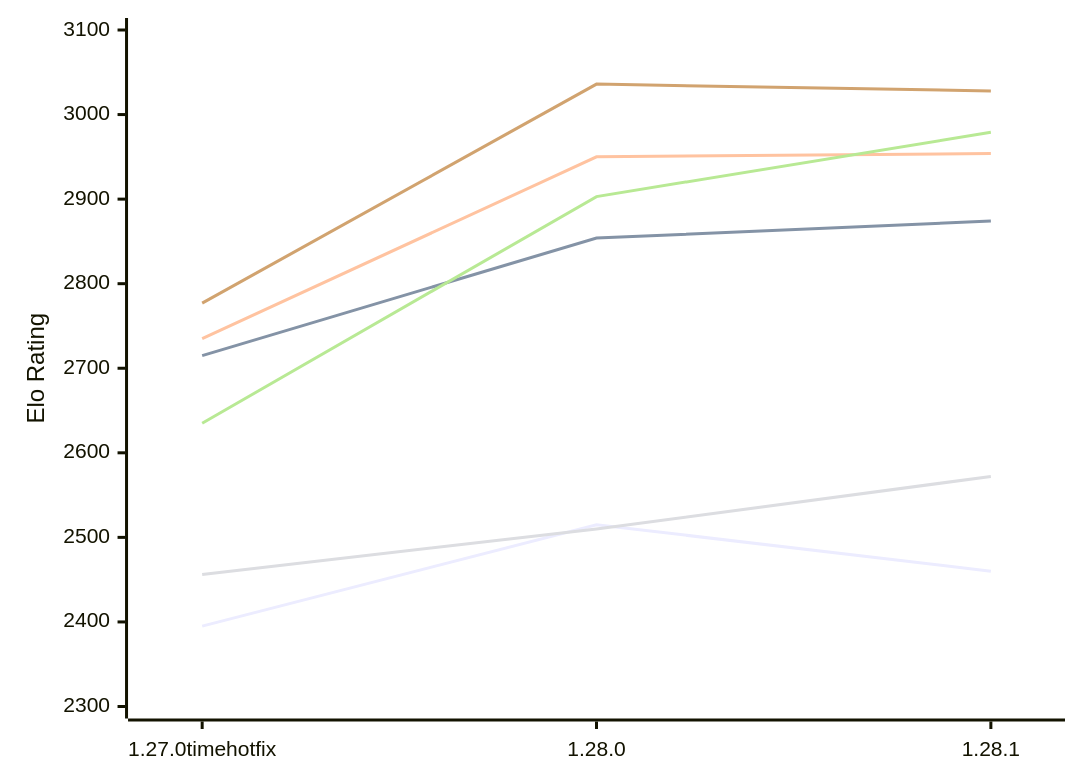
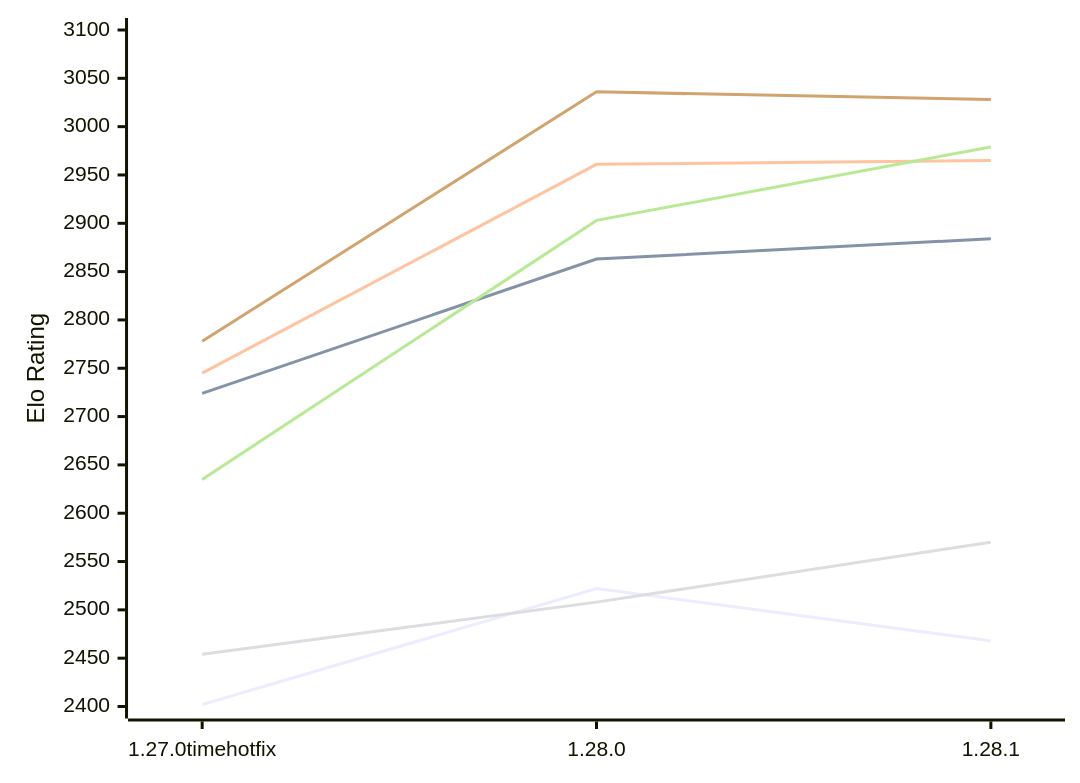
Before and after one commit to computer-chess-index/cci: the first of 2 diagrams in engines/Aurora.md, drawn with Mermaid. The commit also changed other lines of this file, not shown here.

Commit message:
Update CCI Ratings (ELO VLTC) - 2026-11-07

````diff
--- a/engines/Aurora.md
+++ b/engines/Aurora.md
@@ -52,12 +52,12 @@
 ```mermaid
 %%{init: {"theme":"base","themeVariables":{"seriesColors:['#a3a3a3','#222221','#faa371']}}}%%
 xychart-beta
   x-axis ["1.27.0timehotfix", "1.28.0", "1.28.1"]
-  y-axis "Elo Rating" 2300 --> 3100
-  line "E1: STC (8.0+0.08s)" [2395, 2515, 2460]
-  line "E1: LTC (60.0+0.60s)" [2715, 2854, 2874]
-  line "E1: VLTC (2m24s+1.12s)" [2735, 2950, 2954]
-  line "P1: STC (8.0+0.08s)" [2456, 2510, 2572]
+  y-axis "Elo Rating" 2400 --> 3100
+  line "E1: STC (8.0+0.08s)" [2402, 2522, 2468]
+  line "E1: LTC (60.0+0.60s)" [2724, 2863, 2884]
+  line "E1: VLTC (2m24s+1.12s)" [2745, 2961, 2965]
+  line "P1: STC (8.0+0.08s)" [2454, 2508, 2570]
   line "P1: LTC (60.0+0.60s)" [2635, 2903, 2979]
-  line "P1: VLTC (2m24s+1.12s)" [2777, 3036, 3028]
+  line "P1: VLTC (2m24s+1.12s)" [2778, 3036, 3028]
 ```
````
